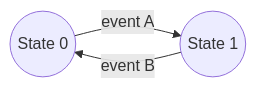
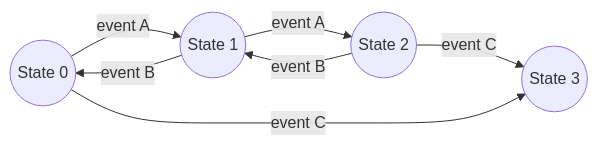
Before and after one commit to angelromarco04/MyNotes: the third of 3 diagrams in Programming/Other/EDD.md, drawn with Mermaid. The commit also changed other lines of this file, not shown here.

````diff
--- a/Programming/Other/EDD.md
+++ b/Programming/Other/EDD.md
@@ -89,6 +89,9 @@
 ```mermaid
 graph LR
 A((State 0)) -- event A --> B((State 1))
 B((State 1)) -- event B --> A((State 0))
-
+B((State 1)) -- event A --> C((State 2))
+C((State 2)) -- event B --> B((State 1))
+C((State 2)) -- event C --> D((State 3))
+A((State 0)) -- event C --> D((State 3))
 ```
````
